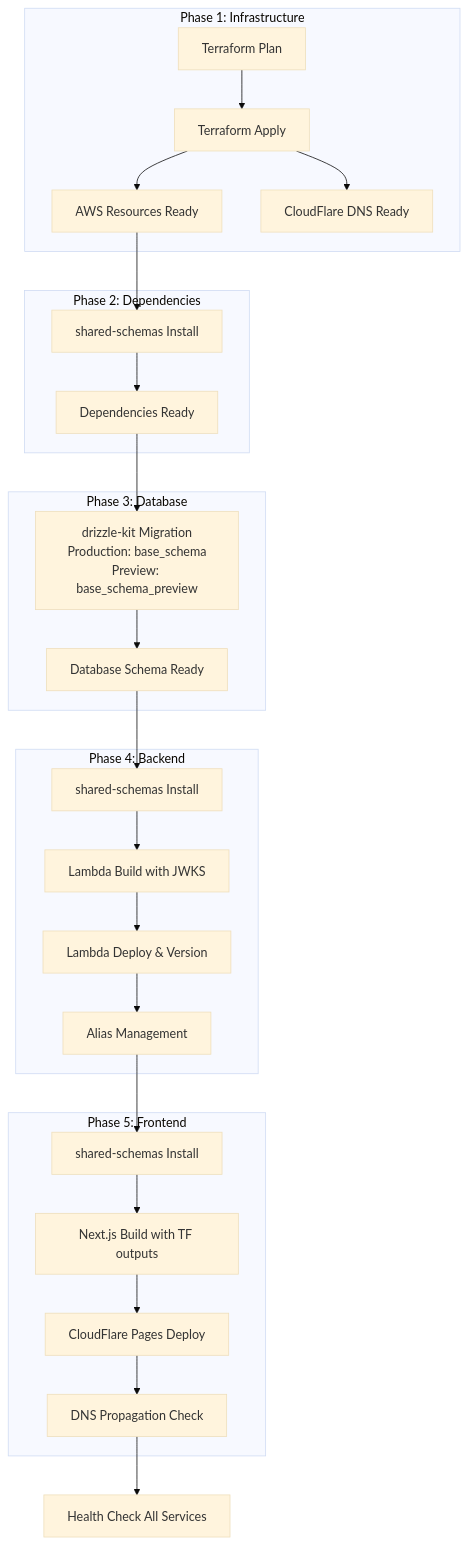
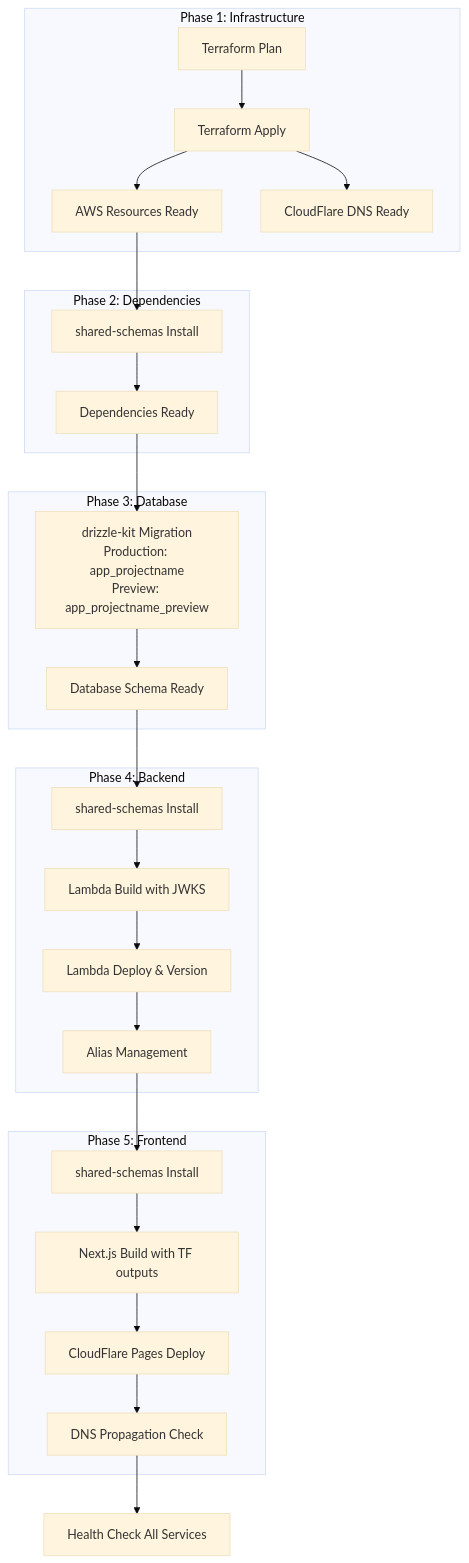
The fourth of 10 diagrams in docs/design/continuous-deployment/dataflow.md (rimanem18/hoxt-backlog), drawn with Mermaid (base theme) before and after one commit. The commit also changed other lines of this file and 11 other files, not shown here.

````diff
--- a/docs/design/continuous-deployment/dataflow.md
+++ b/docs/design/continuous-deployment/dataflow.md
@@ -75,34 +77,34 @@
 ```mermaid
 graph TD
     subgraph "Phase 1: Infrastructure"
         A[Terraform Plan] --> B[Terraform Apply]
         B --> C[AWS Resources Ready]
         B --> D[CloudFlare DNS Ready]
     end
     
     subgraph "Phase 2: Dependencies"
         C --> E[shared-schemas Install]
         E --> F[Dependencies Ready]
     end
     
     subgraph "Phase 3: Database"
-        F --> G[drizzle-kit Migration<br/>Production: base_schema<br/>Preview: base_schema_preview]
+        F --> G[drizzle-kit Migration<br/>Production: app_projectname<br/>Preview: app_projectname_preview]
         G --> H[Database Schema Ready]
     end
     
     subgraph "Phase 4: Backend"
         H --> I[shared-schemas Install]
         I --> J[Lambda Build with JWKS]
         J --> K[Lambda Deploy & Version]
         K --> L[Alias Management]
     end
     
     subgraph "Phase 5: Frontend"
         L --> M[shared-schemas Install]
         M --> N[Next.js Build with TF outputs]
         N --> O[CloudFlare Pages Deploy]
         O --> P[DNS Propagation Check]
     end
     
     P --> Q[Health Check All Services]
 ```
````
